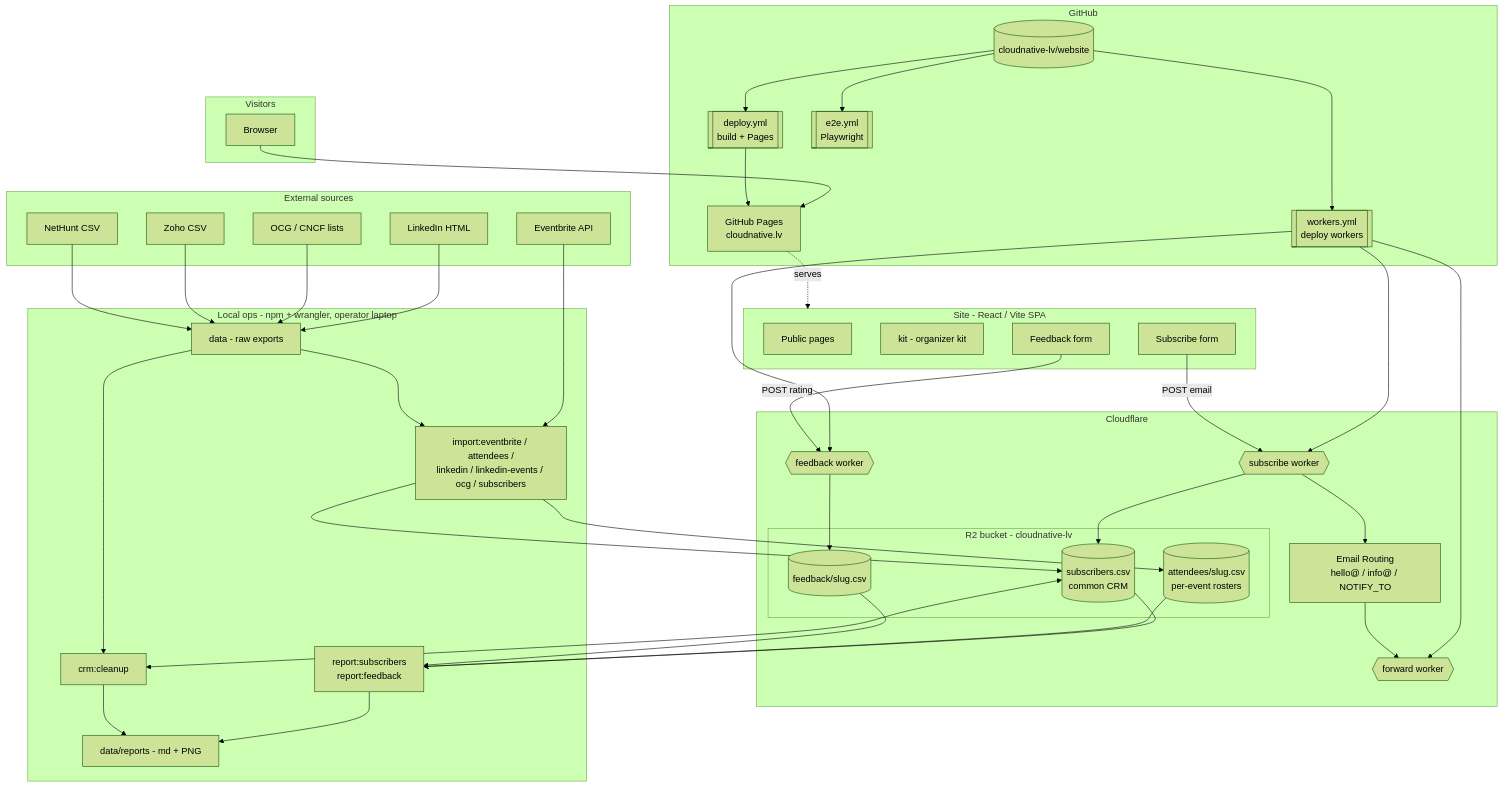
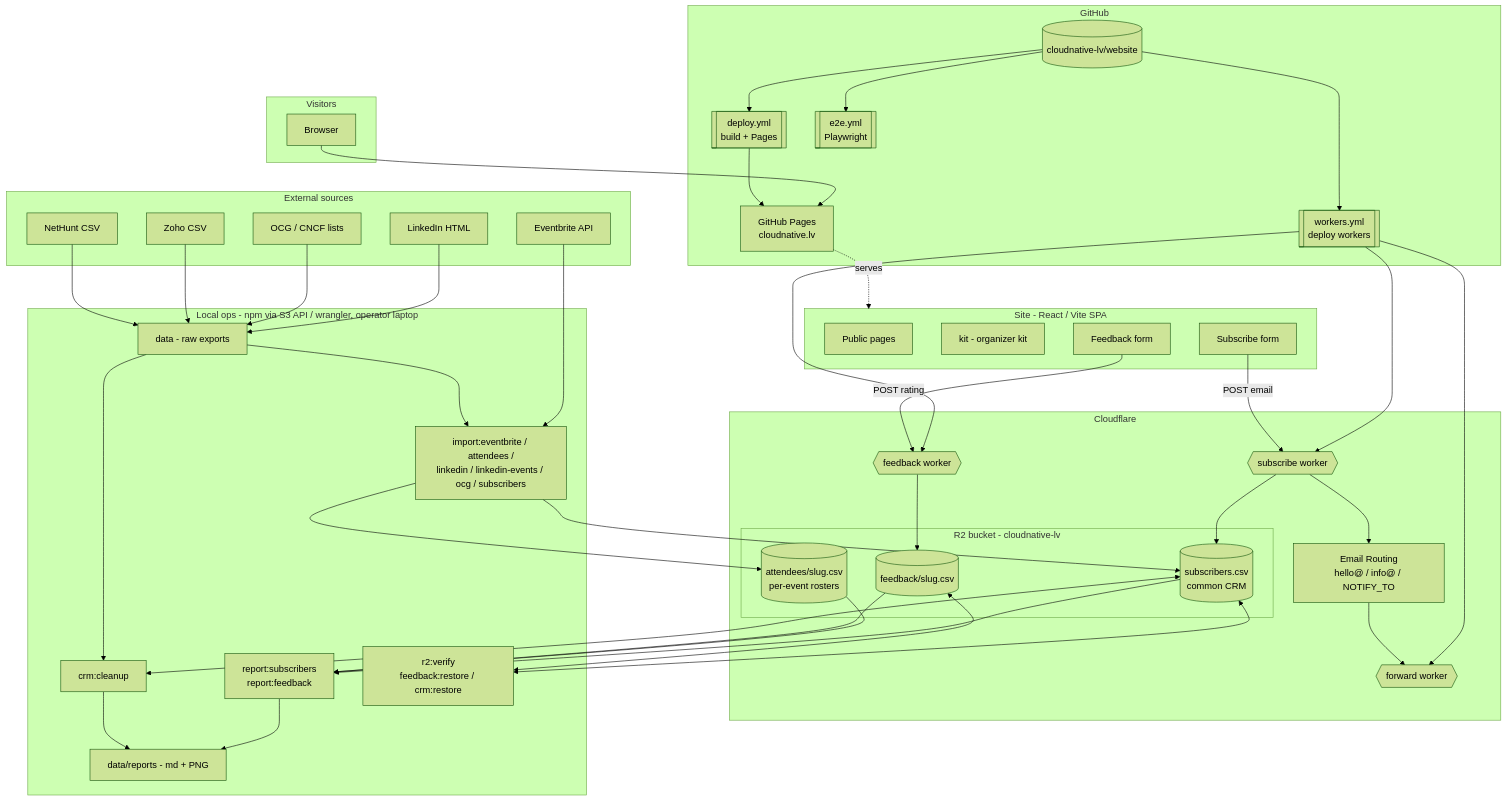
Before and after one commit to cloudnative-lv/website: the diagram in ARCH.md, drawn with Mermaid (forest theme). The commit also changed other lines of this file and 10 other files, not shown here.

First line of the commit message:
ops: R2 S3 API path (cache-immune) + verify/restore ops

````diff
--- a/ARCH.md
+++ b/ARCH.md
@@ -8,76 +8,79 @@
 ```mermaid
 flowchart TD
   subgraph visitors[Visitors]
     V[Browser]
   end
 
   subgraph gh[GitHub]
     REPO[(cloudnative-lv/website)]
     DEPLOY[[deploy.yml<br/>build + Pages]]
     WORK[[workers.yml<br/>deploy workers]]
     E2E[[e2e.yml<br/>Playwright]]
     PAGES[GitHub Pages<br/>cloudnative.lv]
   end
 
   subgraph site[Site - React / Vite SPA]
     PUB[Public pages]
     KIT[kit - organizer kit]
     SFORM[Subscribe form]
     FFORM[Feedback form]
   end
 
   subgraph cf[Cloudflare]
     SUB{{subscribe worker}}
     FB{{feedback worker}}
     FWD{{forward worker}}
     ER[Email Routing<br/>hello@ / info@ / NOTIFY_TO]
     subgraph r2[R2 bucket - cloudnative-lv]
       CRM[(subscribers.csv<br/>common CRM)]
       ATT[(attendees/slug.csv<br/>per-event rosters)]
       FBK[(feedback/slug.csv)]
     end
   end
 
-  subgraph ops[Local ops - npm + wrangler, operator laptop]
+  subgraph ops[Local ops - npm via S3 API / wrangler, operator laptop]
     IMP[import:eventbrite / attendees /<br/>linkedin / linkedin-events / ocg / subscribers]
     REP[report:subscribers<br/>report:feedback]
     CLEAN[crm:cleanup]
+    VERIFY[r2:verify<br/>feedback:restore / crm:restore]
     DATA[data - raw exports]
     REPORTS[data/reports - md + PNG]
   end
 
   subgraph ext[External sources]
     EB[Eventbrite API]
     LI[LinkedIn HTML]
     OCGS[OCG / CNCF lists]
     ZO[Zoho CSV]
     NH[NetHunt CSV]
   end
 
   V --> PAGES
   PAGES -. serves .-> site
   REPO --> DEPLOY --> PAGES
   REPO --> WORK --> SUB & FB & FWD
   REPO --> E2E
 
   SFORM -->|POST email| SUB --> CRM
   SUB --> ER
   FFORM -->|POST rating| FB --> FBK
   ER --> FWD
 
   EB --> IMP
   LI --> DATA
   OCGS --> DATA
   ZO --> DATA
   NH --> DATA
   DATA --> IMP
   DATA --> CLEAN
   IMP --> CRM
   IMP --> ATT
   CRM --> REP
   ATT --> REP
   FBK --> REP
   CRM <--> CLEAN
+  CRM <--> VERIFY
+  FBK <--> VERIFY
   REP --> REPORTS
   CLEAN --> REPORTS
 ```
````
